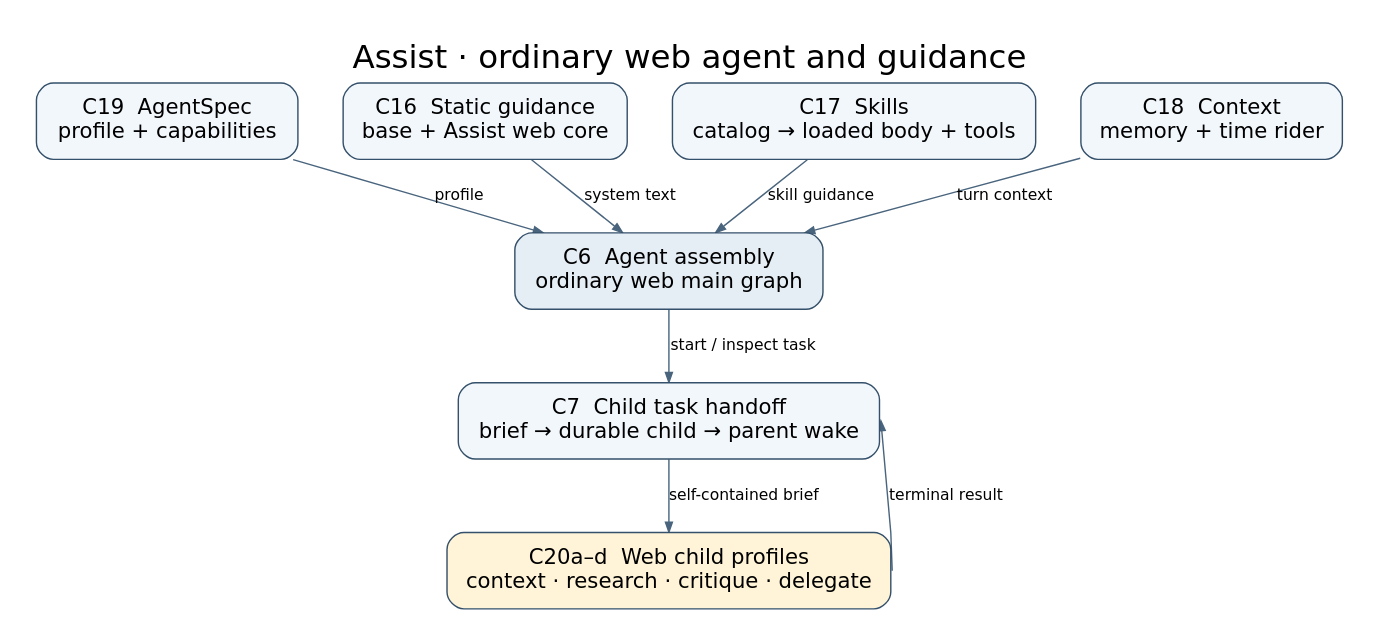
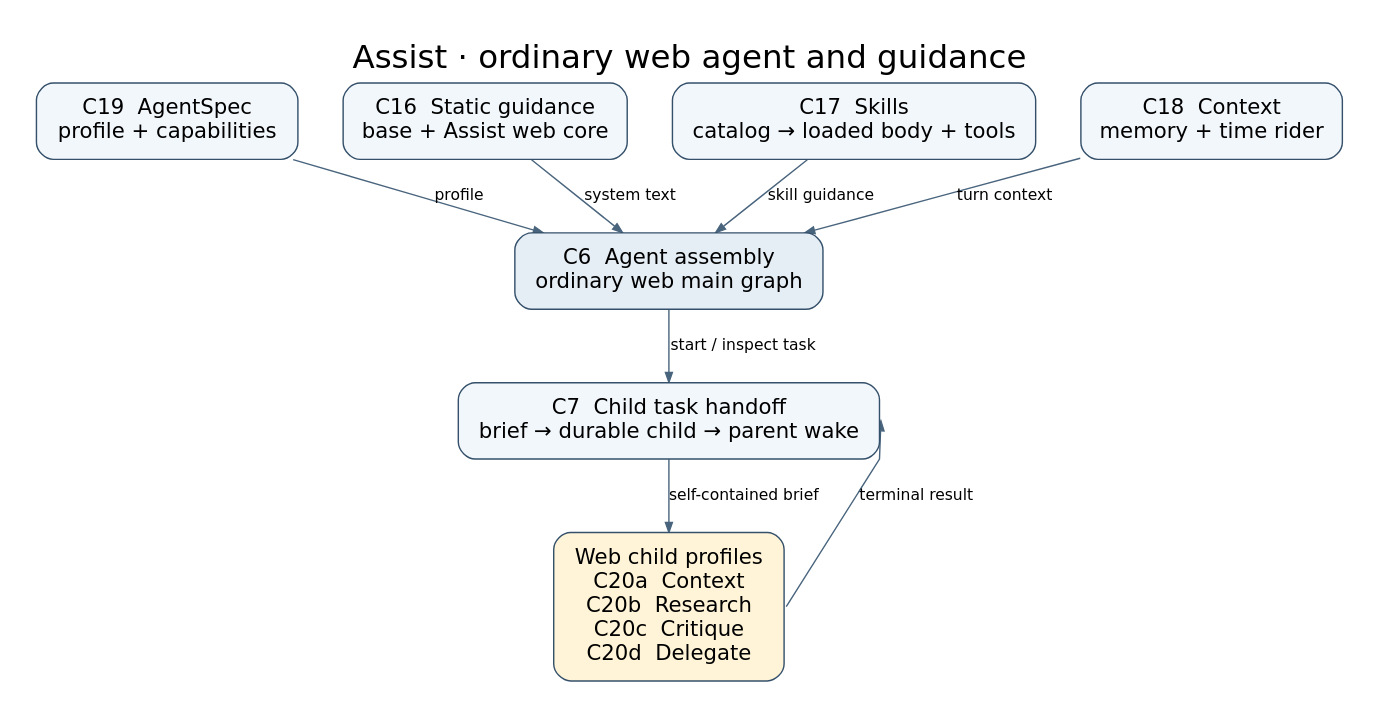
Before and after one commit to pierrel/assist: the diagram in docs/architecture-agents.dot, drawn with Graphviz. The commit also changed 1 other file, not shown here.

Commit message:
Name each web child profile in agent diagram

```diff
--- a/docs/architecture-agents.dot
+++ b/docs/architecture-agents.dot
@@ -1,28 +1,28 @@
 digraph Agents {
   graph [label="Assist · ordinary web agent and guidance", labelloc=t,
          fontname="DejaVu Sans", fontsize=23, bgcolor="white",
          rankdir=TB, pad=0.25, nodesep=0.45, ranksep=0.55,
          splines=polyline, outputorder=edgesfirst];
   node [shape=box, style="rounded,filled", color="#34506a",
         fillcolor="#f2f7fc", fontname="DejaVu Sans", fontsize=15,
         margin="0.19,0.14"];
   edge [fontname="DejaVu Sans", fontsize=11, color="#49647d",
         arrowsize=0.7];
 
   C19 [label="C19  AgentSpec\nprofile + capabilities"];
   C16 [label="C16  Static guidance\nbase + Assist web core"];
   C17 [label="C17  Skills\ncatalog → loaded body + tools"];
   C18 [label="C18  Context\nmemory + time rider"];
   C6 [label="C6  Agent assembly\nordinary web main graph", fillcolor="#e5edf5"];
   C7 [label="C7  Child task handoff\nbrief → durable child → parent wake"];
-  C20 [label="C20a–d  Web child profiles\ncontext · research · critique · delegate",
+  C20 [label="Web child profiles\nC20a  Context\nC20b  Research\nC20c  Critique\nC20d  Delegate",
        fillcolor="#fff4d7"];
 
   C19 -> C6 [label="profile"];
   C16 -> C6 [label="system text"];
   C17 -> C6 [label="skill guidance"];
   C18 -> C6 [label="turn context"];
   C6 -> C7 [label="start / inspect task"];
   C7 -> C20 [label="self-contained brief"];
   C20:e -> C7:e [label="terminal result", constraint=false];
 }
```
